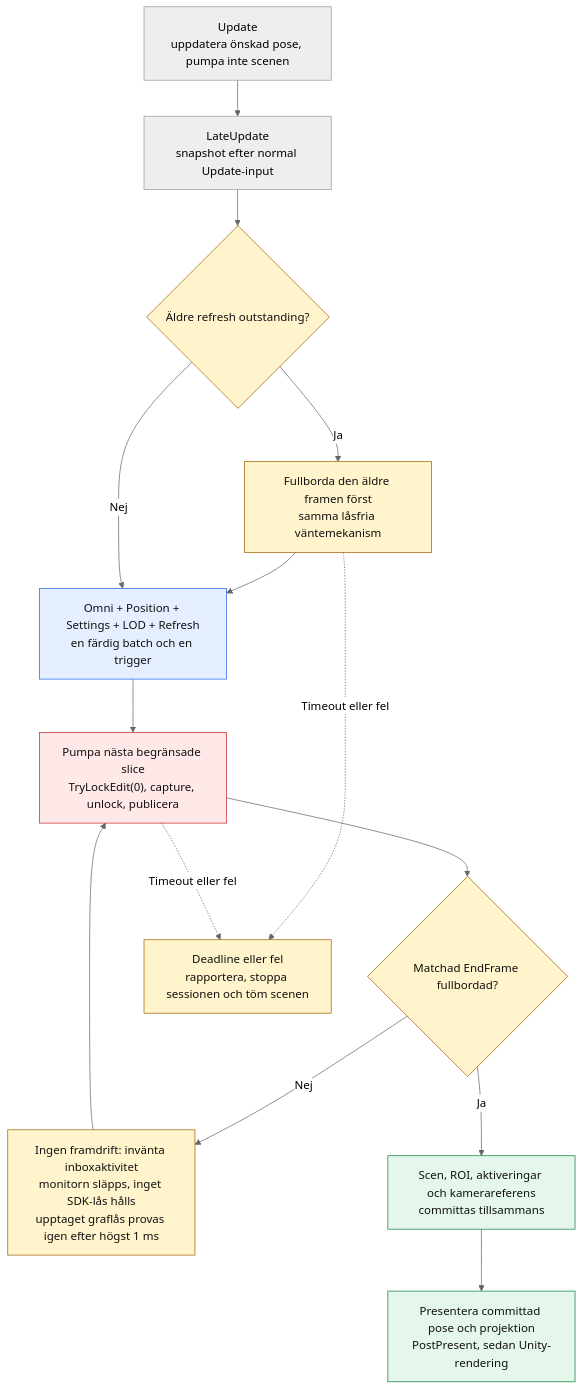
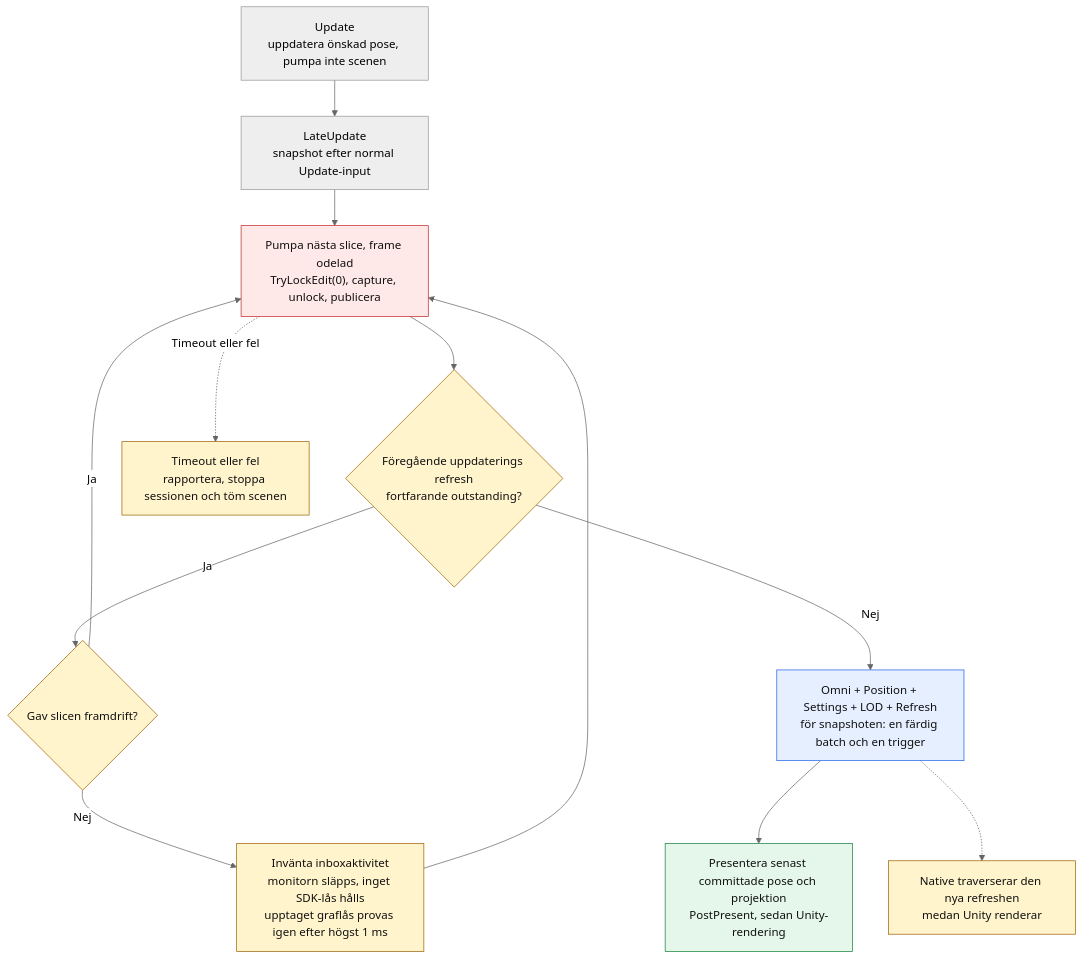
Before and after one commit to ToolTech/CSWUnity: the fifth of 12 diagrams in docs/design/command-loop-and-locks.md, drawn with Mermaid (neutral theme). The commit also changed other lines of this file and 107 other files, not shown here.

````diff
--- a/docs/design/command-loop-and-locks.md
+++ b/docs/design/command-loop-and-locks.md
@@ -251,30 +270,28 @@
 ```mermaid
 flowchart TD
     INPUT["Update<br/>uppdatera önskad pose, pumpa inte scenen"]
     SAMPLE["LateUpdate<br/>snapshot efter normal Update-input"]
-    OLD{"Äldre refresh outstanding?"}
-    DRAIN["Fullborda den äldre framen först<br/>samma låsfria väntemekanism"]
-    SEND["Omni + Position + Settings + LOD + Refresh<br/>en färdig batch och en trigger"]
-    PUMP["Pumpa nästa begränsade slice<br/>TryLockEdit(0), capture, unlock, publicera"]
-    FENCE{"Matchad EndFrame fullbordad?"}
-    WAIT["Ingen framdrift: invänta inboxaktivitet<br/>monitorn släpps, inget SDK-lås hålls<br/>upptaget graflås provas igen efter högst 1 ms"]
-    COMMIT["Scen, ROI, aktiveringar och kamerareferens<br/>committas tillsammans"]
-    PRESENT["Presentera committad pose och projektion<br/>PostPresent, sedan Unity-rendering"]
-    FAIL["Deadline eller fel<br/>rapportera, stoppa sessionen och töm scenen"]
-    INPUT --> SAMPLE --> OLD
-    OLD -->|Ja| DRAIN --> SEND
-    OLD -->|Nej| SEND
-    SEND --> PUMP --> FENCE
-    FENCE -->|Nej| WAIT --> PUMP
-    FENCE -->|Ja| COMMIT --> PRESENT
-    DRAIN -.->|Timeout eller fel| FAIL
+    PUMP["Pumpa nästa slice, frame odelad<br/>TryLockEdit(0), capture, unlock, publicera"]
+    OLD{"Föregående uppdaterings refresh<br/>fortfarande outstanding?"}
+    PROGRESS{"Gav slicen framdrift?"}
+    WAIT["Invänta inboxaktivitet<br/>monitorn släpps, inget SDK-lås hålls<br/>upptaget graflås provas igen efter högst 1 ms"]
+    SEND["Omni + Position + Settings + LOD + Refresh<br/>för snapshoten: en färdig batch och en trigger"]
+    PRESENT["Presentera senast committade pose och projektion<br/>PostPresent, sedan Unity-rendering"]
+    NATIVE["Native traverserar den nya refreshen<br/>medan Unity renderar"]
+    FAIL["Timeout eller fel<br/>rapportera, stoppa sessionen och töm scenen"]
+    INPUT --> SAMPLE --> PUMP --> OLD
+    OLD -->|Ja| PROGRESS
+    PROGRESS -->|Ja| PUMP
+    PROGRESS -->|Nej| WAIT --> PUMP
+    OLD -->|Nej| SEND --> PRESENT
+    SEND -.-> NATIVE
     PUMP -.->|Timeout eller fel| FAIL
     classDef edit fill:#ffe8e8,stroke:#c62828,color:#111;
     classDef queue fill:#e6efff,stroke:#2563eb,color:#111;
     classDef publish fill:#e5f7eb,stroke:#15803d,color:#111;
     classDef pending fill:#fff4cc,stroke:#a16207,color:#111;
     class PUMP edit;
     class SEND queue;
-    class COMMIT,PRESENT publish;
-    class OLD,DRAIN,FENCE,WAIT,FAIL pending;
+    class PRESENT publish;
+    class OLD,PROGRESS,WAIT,NATIVE,FAIL pending;
 ```
````
